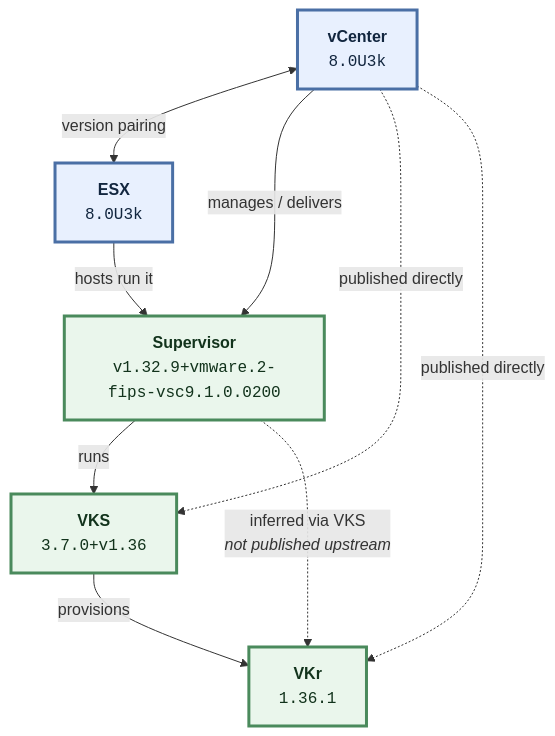
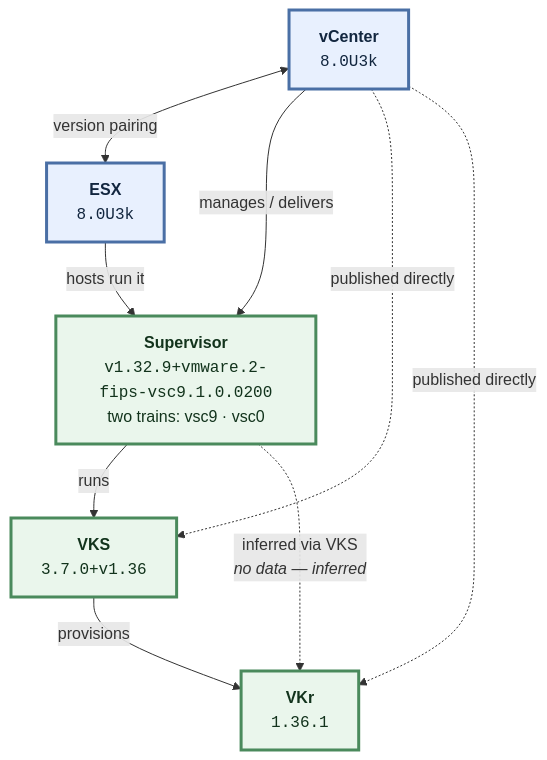
The diagram in docs/model.md (warroyo/vkstack), drawn with Mermaid before and after one commit. The commit also changed other lines of this file and 10 other files, not shown here.

````diff
--- a/docs/model.md
+++ b/docs/model.md
@@ -7,22 +7,22 @@
 ```mermaid
 flowchart TD
     VCENTER["<b>vCenter</b><br/><code>8.0U3k</code>"]
     ESX["<b>ESX</b><br/><code>8.0U3k</code>"]
-    SUPERVISOR["<b>Supervisor</b><br/><code>v1.32.9+vmware.2-fips-vsc9.1.0.0200</code>"]
+    SUPERVISOR["<b>Supervisor</b><br/><code>v1.32.9+vmware.2-fips-vsc9.1.0.0200</code><br/>two trains: vsc9 · vsc0"]
     VKS["<b>VKS</b><br/><code>3.7.0+v1.36</code>"]
     VKR["<b>VKr</b><br/><code>1.36.1</code>"]
 
     VCENTER <-->|"version pairing"| ESX
     VCENTER -->|"manages / delivers"| SUPERVISOR
     ESX -->|"hosts run it"| SUPERVISOR
     SUPERVISOR -->|"runs"| VKS
     VKS -->|"provisions"| VKR
     VCENTER -.->|"published directly"| VKS
     VCENTER -.->|"published directly"| VKR
-    SUPERVISOR -.->|"inferred via VKS<br/><i>not published upstream</i>"| VKR
+    SUPERVISOR -.->|"inferred via VKS<br/><i>no data — inferred</i>"| VKR
 
     classDef base fill:#e8f0fe,stroke:#4a6fa5,stroke-width:3px,color:#12263f
     classDef k8s fill:#eaf6ec,stroke:#4a8a5c,stroke-width:3px,color:#12331c
     class VCENTER,ESX base
     class SUPERVISOR,VKS,VKR k8s
 ```
````
